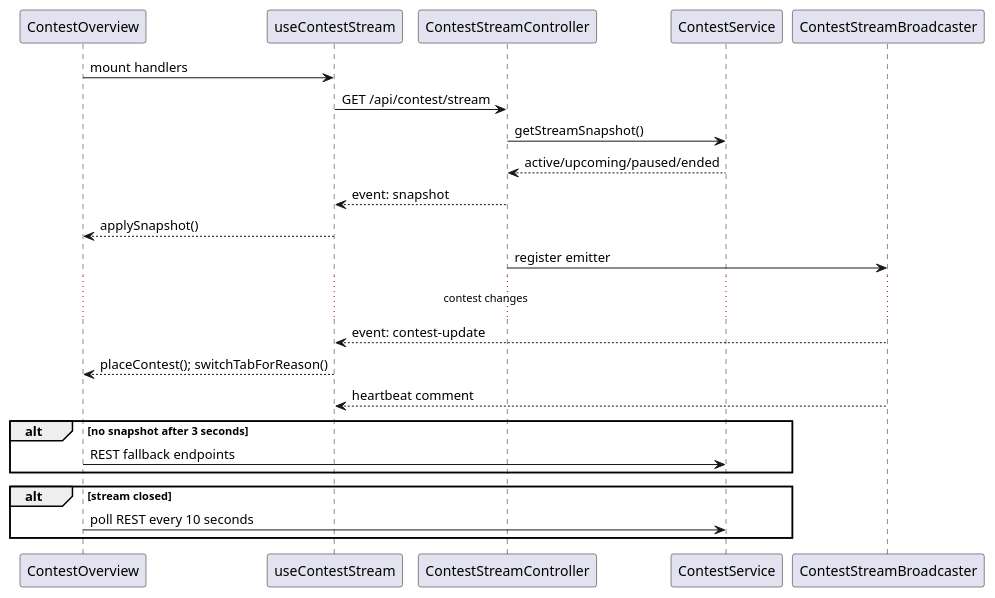
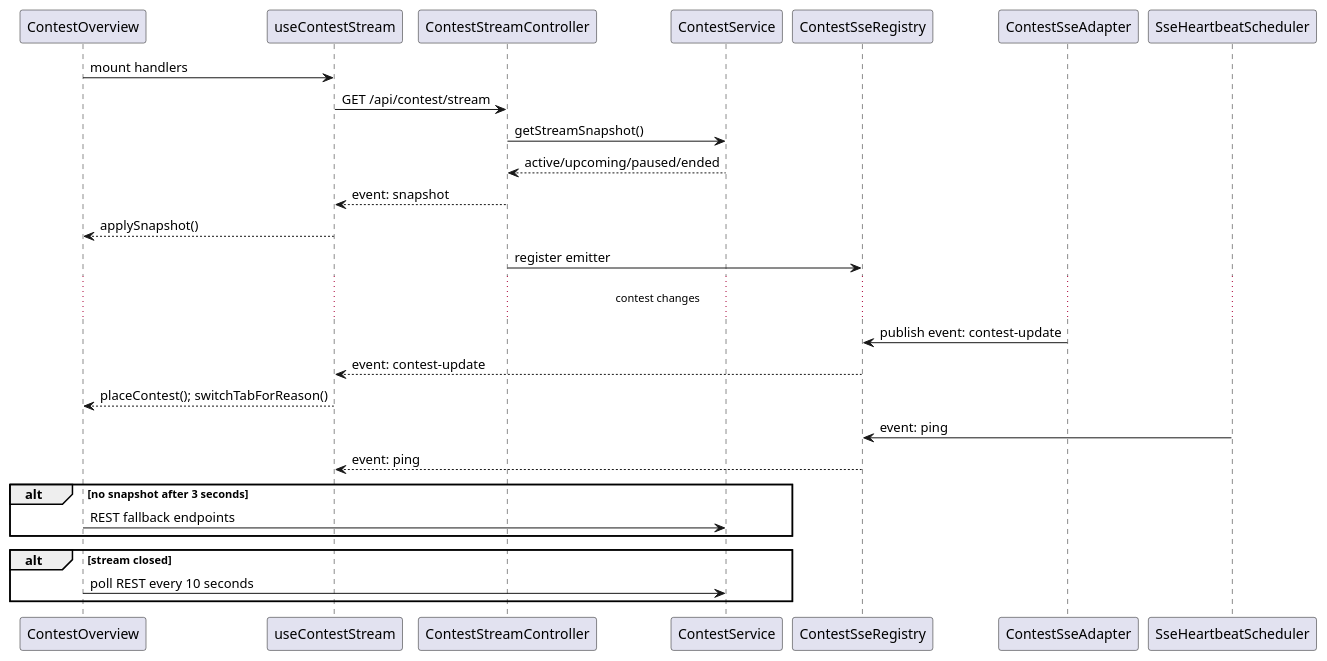
Before and after one commit to AuraC-graduate-project/AuraC2: the ninth of 17 diagrams in docs/report-rebuild/diagram-prompts.md, drawn with PlantUML. The commit also changed other lines of this file and 23 other files, not shown here.

````diff
--- a/docs/report-rebuild/diagram-prompts.md
+++ b/docs/report-rebuild/diagram-prompts.md
@@ -352,26 +352,30 @@
 ```plantuml
 @startuml
 participant "ContestOverview" as UI
 participant "useContestStream" as Hook
 participant "ContestStreamController" as Controller
 participant "ContestService" as Service
-participant "ContestStreamBroadcaster" as Broadcaster
+participant "ContestSseRegistry" as Registry
+participant "ContestSseAdapter" as Adapter
+participant "SseHeartbeatScheduler" as Heartbeat
 UI -> Hook : mount handlers
 Hook -> Controller : GET /api/contest/stream
 Controller -> Service : getStreamSnapshot()
 Service --> Controller : active/upcoming/paused/ended
 Controller --> Hook : event: snapshot
 Hook --> UI : applySnapshot()
-Controller -> Broadcaster : register emitter
+Controller -> Registry : register emitter
 ... contest changes ...
-Broadcaster --> Hook : event: contest-update
+Adapter -> Registry : publish event: contest-update
+Registry --> Hook : event: contest-update
 Hook --> UI : placeContest(); switchTabForReason()
-Broadcaster --> Hook : heartbeat comment
+Heartbeat -> Registry : event: ping
+Registry --> Hook : event: ping
 alt no snapshot after 3 seconds
   UI -> Service : REST fallback endpoints
 end
 alt stream closed
   UI -> Service : poll REST every 10 seconds
 end
 @enduml
 ```
````
